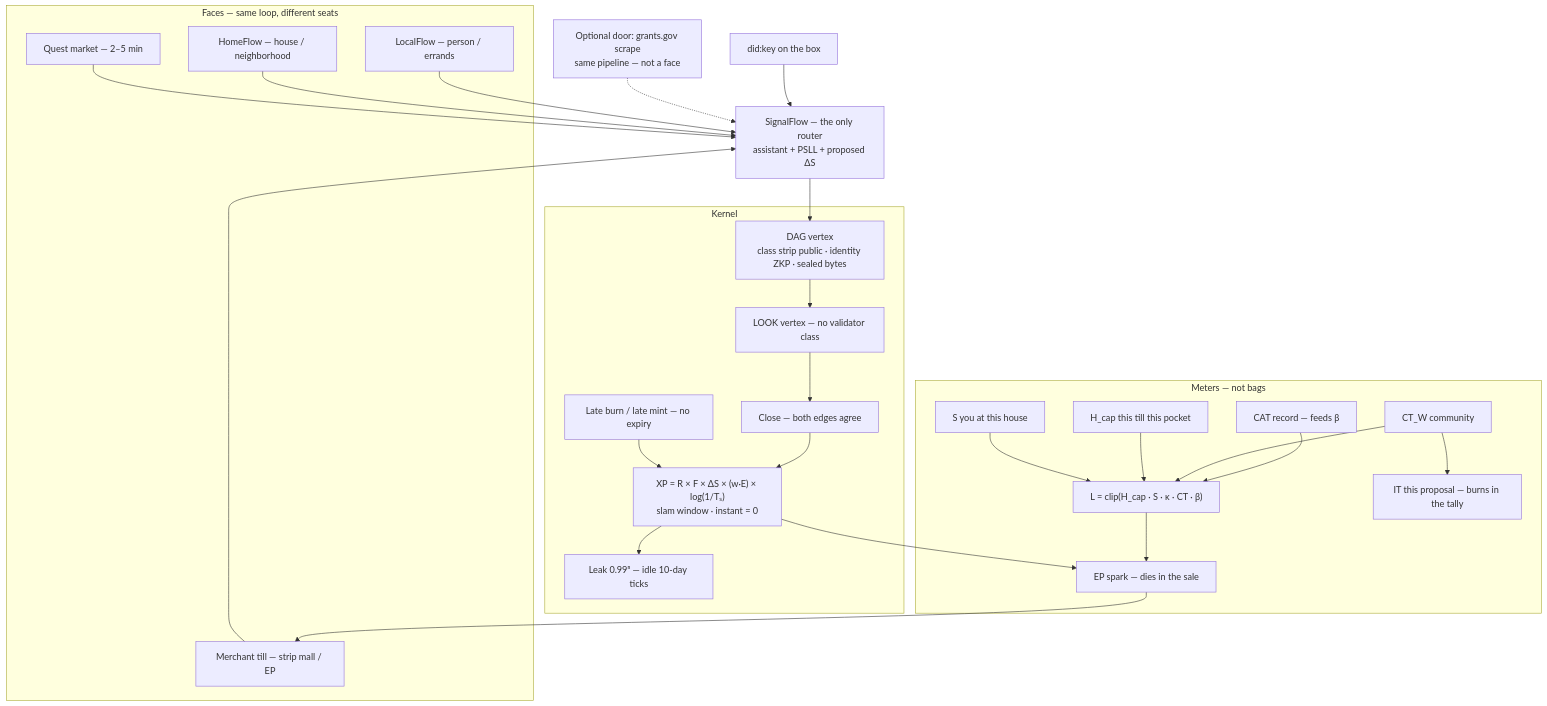
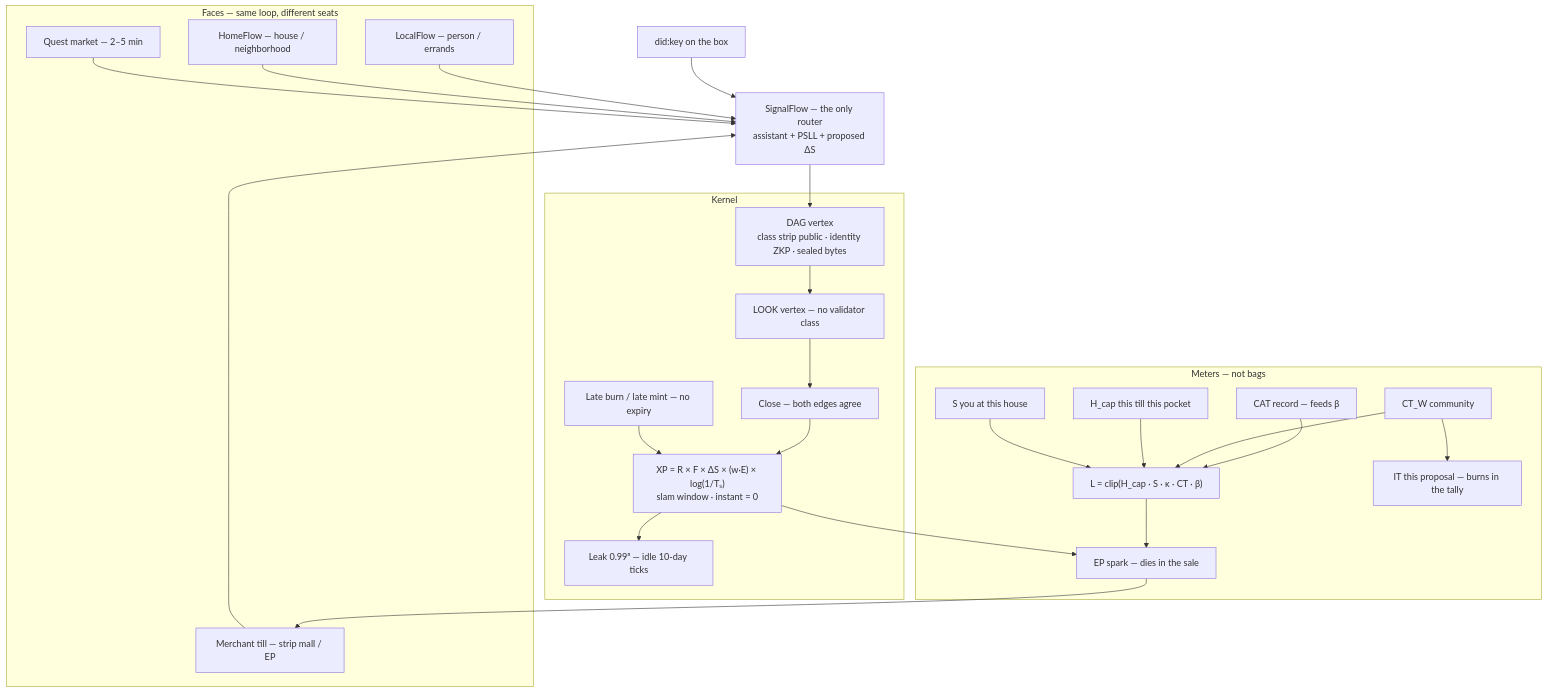
One commit to 00ranman/extropy-engine changed the diagram in docs/ARCHITECTURE.md. Above: the diagram before and after it, drawn with Mermaid. The commit also changed other lines of this file and 8 other files, not shown here.

First line of the commit message:
Omit grants from architecture diagrams.

````diff
--- a/docs/ARCHITECTURE.md
+++ b/docs/ARCHITECTURE.md
@@ -63,53 +57,50 @@
 ```mermaid
 flowchart TB
   subgraph faces["Faces — same loop, different seats"]
     LF["LocalFlow — person / errands"]
     HF["HomeFlow — house / neighborhood"]
     QM["Quest market — 2–5 min"]
     TILL["Merchant till — strip mall / EP"]
   end
 
   SF["SignalFlow — the only router\nassistant + PSLL + proposed ΔS"]
 
   subgraph kernel["Kernel"]
     DAG["DAG vertex\nclass strip public · identity ZKP · sealed bytes"]
     LOOK["LOOK vertex — no validator class"]
     CLOSE["Close — both edges agree"]
     XP["XP = R × F × ΔS × (w·E) × log(1/Tₛ)\nslam window · instant = 0"]
     LEAK["Leak 0.99ⁿ — idle 10-day ticks"]
     BURN["Late burn / late mint — no expiry"]
   end
 
   subgraph meters["Meters — not bags"]
     CT["CT_W community"]
     H["H_cap this till this pocket"]
     S["S you at this house"]
     L["L = clip(H_cap · S · κ · CT · β)"]
     EP["EP spark — dies in the sale"]
     IT["IT this proposal — burns in the tally"]
     CAT["CAT record — feeds β"]
   end
 
   DID["did:key on the box"] --> SF
   LF --> SF
   HF --> SF
   QM --> SF
   TILL --> SF
   SF --> DAG
   DAG --> LOOK
   LOOK --> CLOSE
   CLOSE --> XP
   XP --> LEAK
   BURN --> XP
   CAT --> L
   CT --> L
   H --> L
   S --> L
   XP --> EP
   L --> EP
   EP --> TILL
   CT --> IT
-
-  DOOR["Optional door: grants.gov scrape\nsame pipeline — not a face"]
-  DOOR -.-> SF
 ```
````
